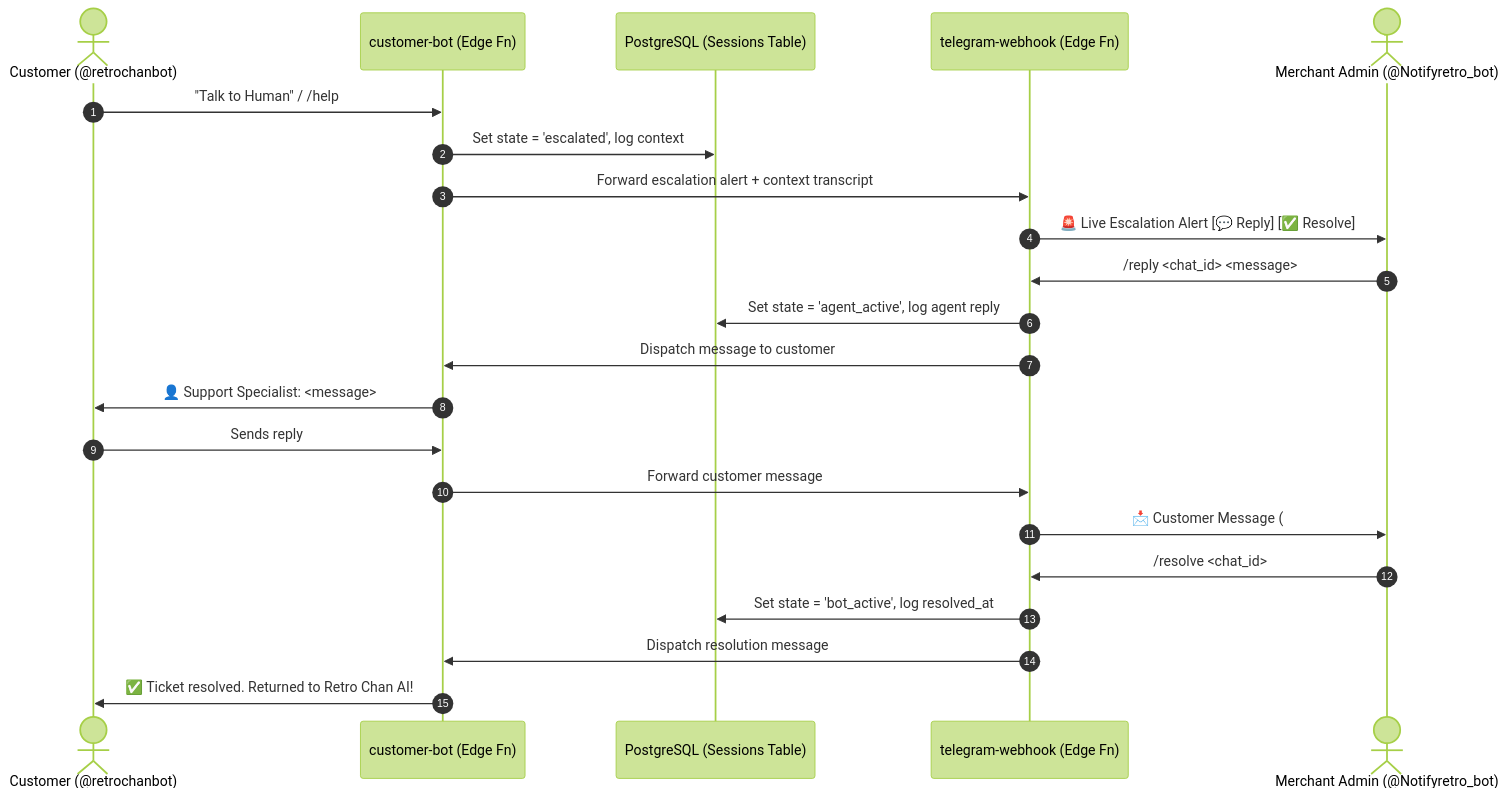
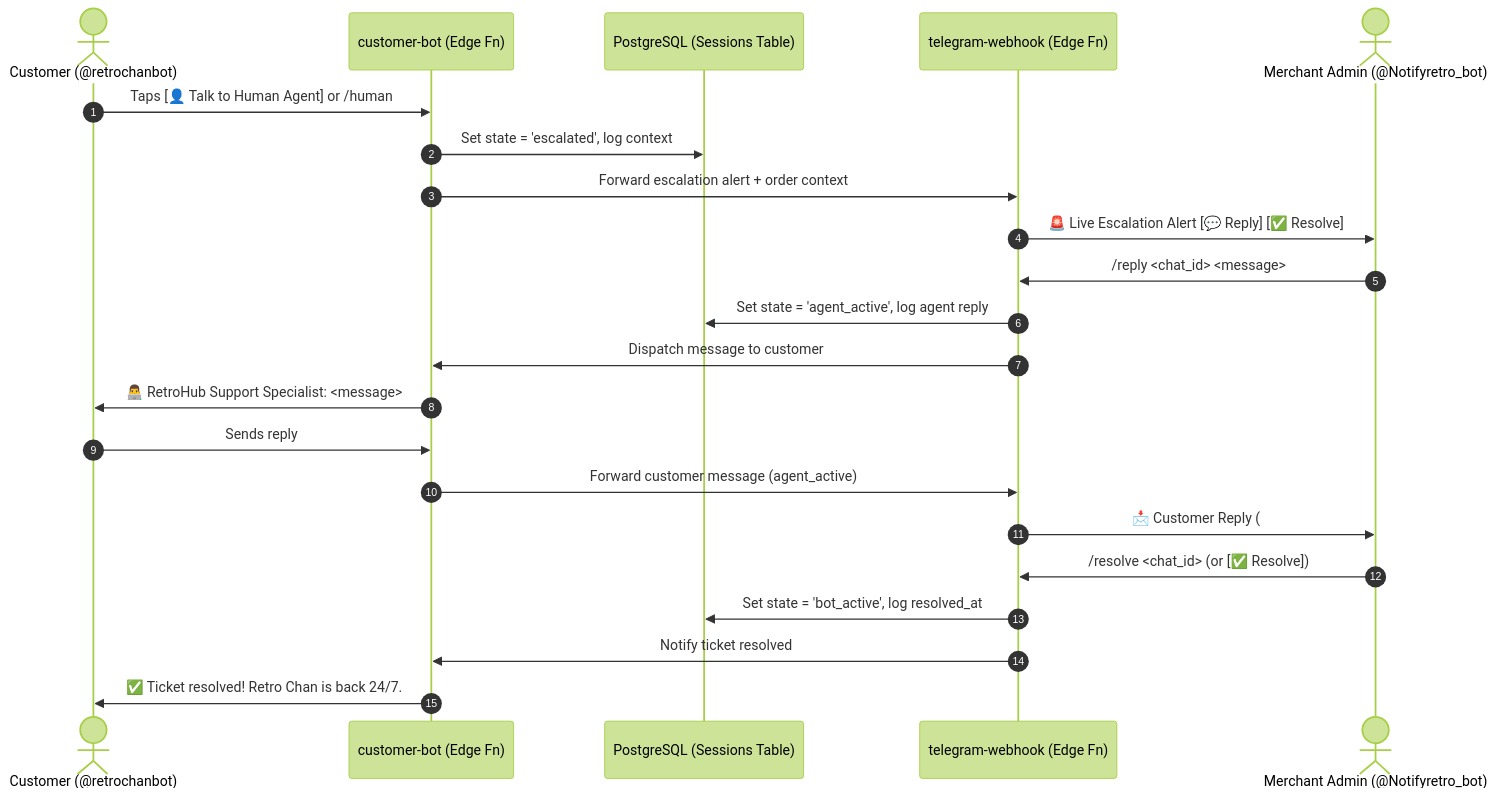
One commit to abirthe/retrohub changed the second of 2 diagrams in README.md. Above: the diagram before and after it, drawn with Mermaid (forest theme). The commit also changed other lines of this file and 2 other files, not shown here.

Commit message:
docs: update all readmes with dual-engine Grok architecture and isolated escalation invariants

````diff
--- a/README.md
+++ b/README.md
@@ -208,28 +213,28 @@
 ```mermaid
 sequenceDiagram
     autonumber
     actor Customer as Customer (@retrochanbot)
     participant C面上 as customer-bot (Edge Fn)
     participant DB as PostgreSQL (Sessions Table)
     participant A面上 as telegram-webhook (Edge Fn)
     actor Admin as Merchant Admin (@Notifyretro_bot)
 
-    Customer->>C面上: "Talk to Human" / /help
+    Customer->>C面上: Taps [👤 Talk to Human Agent] or /human
     C面上->>DB: Set state = 'escalated', log context
-    C面上->>A面上: Forward escalation alert + context transcript
+    C面上->>A面上: Forward escalation alert + order context
     A面上->>Admin: 🚨 Live Escalation Alert [💬 Reply] [✅ Resolve]
     
     Admin->>A面上: /reply <chat_id> <message>
     A面上->>DB: Set state = 'agent_active', log agent reply
     A面上->>C面上: Dispatch message to customer
-    C面上->>Customer: 👤 Support Specialist: <message>
+    C面上->>Customer: 👨‍💻 RetroHub Support Specialist: <message>
     
     Customer->>C面上: Sends reply
-    C面上->>A面上: Forward customer message
-    A面上->>Admin: 📩 Customer Message (#chat_id): <text>
+    C面上->>A面上: Forward customer message (agent_active)
+    A面上->>Admin: 📩 Customer Reply (#chat_id): <text>
     
-    Admin->>A面上: /resolve <chat_id>
+    Admin->>A面上: /resolve <chat_id> (or [✅ Resolve])
     A面上->>DB: Set state = 'bot_active', log resolved_at
-    A面上->>C面上: Dispatch resolution message
-    C面上->>Customer: ✅ Ticket resolved. Returned to Retro Chan AI!
+    A面上->>C面上: Notify ticket resolved
+    C面上->>Customer: ✅ Ticket resolved! Retro Chan is back 24/7.
 ```
````
